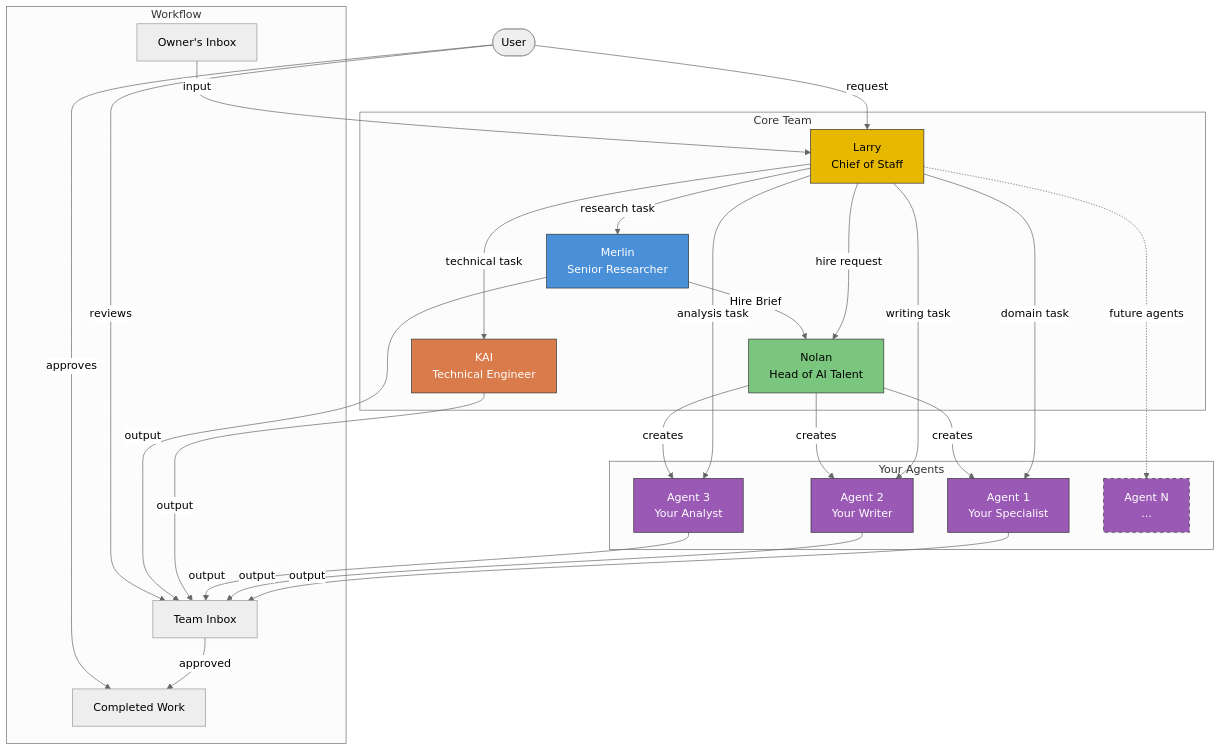
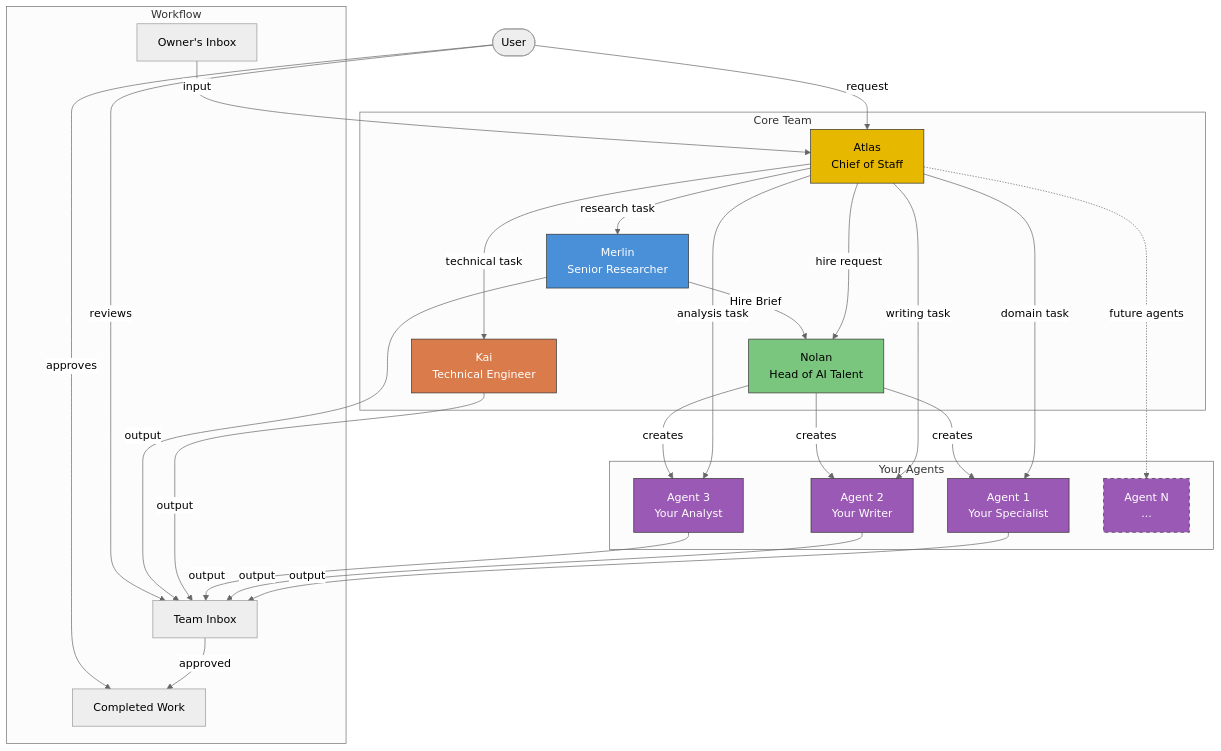
One commit to MetamusicX/agent-orchestra changed the diagram in diagrams/orchestra-topology.mermaid. Above: the diagram before and after it, drawn with Mermaid (neutral theme). The commit also changed 19 other files, not shown here.

First line of the commit message:
Rename Larry to Atlas, KAI to Kai — consistent naming across system

```diff
--- a/diagrams/orchestra-topology.mermaid
+++ b/diagrams/orchestra-topology.mermaid
@@ -1,42 +1,42 @@
 graph TD
-    User([User]) -->|request| Larry[Larry<br/>Chief of Staff]
+    User([User]) -->|request| Atlas[Atlas<br/>Chief of Staff]
 
     subgraph Core Team
-        Larry -->|research task| Merlin[Merlin<br/>Senior Researcher]
-        Larry -->|hire request| Nolan[Nolan<br/>Head of AI Talent]
-        Larry -->|technical task| KAI[KAI<br/>Technical Engineer]
+        Atlas -->|research task| Merlin[Merlin<br/>Senior Researcher]
+        Atlas -->|hire request| Nolan[Nolan<br/>Head of AI Talent]
+        Atlas -->|technical task| Kai[Kai<br/>Technical Engineer]
         Merlin -->|Hire Brief| Nolan
     end
 
     subgraph Your Agents
-        Larry -->|domain task| A1[Agent 1<br/>Your Specialist]
-        Larry -->|writing task| A2[Agent 2<br/>Your Writer]
-        Larry -->|analysis task| A3[Agent 3<br/>Your Analyst]
-        Larry -.->|future agents| AN[Agent N<br/>...]
+        Atlas -->|domain task| A1[Agent 1<br/>Your Specialist]
+        Atlas -->|writing task| A2[Agent 2<br/>Your Writer]
+        Atlas -->|analysis task| A3[Agent 3<br/>Your Analyst]
+        Atlas -.->|future agents| AN[Agent N<br/>...]
     end
 
     Nolan -->|creates| A1
     Nolan -->|creates| A2
     Nolan -->|creates| A3
 
     subgraph Workflow
-        OI[Owner's Inbox] -->|input| Larry
+        OI[Owner's Inbox] -->|input| Atlas
         A1 -->|output| TI[Team Inbox]
         A2 -->|output| TI
         A3 -->|output| TI
-        KAI -->|output| TI
+        Kai -->|output| TI
         Merlin -->|output| TI
         TI -->|approved| CW[Completed Work]
     end
 
     User -->|reviews| TI
     User -->|approves| CW
 
-    style Larry fill:#e6b800,stroke:#333,color:#000
+    style Atlas fill:#e6b800,stroke:#333,color:#000
     style Merlin fill:#4a90d9,stroke:#333,color:#fff
     style Nolan fill:#7bc67e,stroke:#333,color:#000
-    style KAI fill:#d97b4a,stroke:#333,color:#fff
+    style Kai fill:#d97b4a,stroke:#333,color:#fff
     style A1 fill:#9b59b6,stroke:#333,color:#fff
     style A2 fill:#9b59b6,stroke:#333,color:#fff
     style A3 fill:#9b59b6,stroke:#333,color:#fff
     style AN fill:#9b59b6,stroke:#333,color:#fff,stroke-dasharray: 5 5
```
